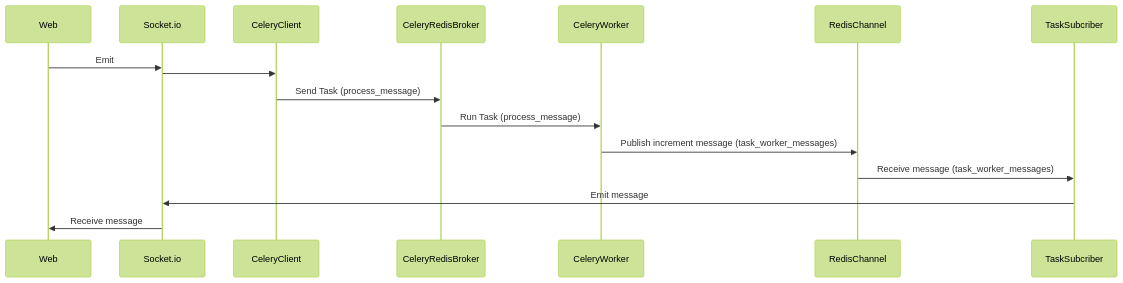
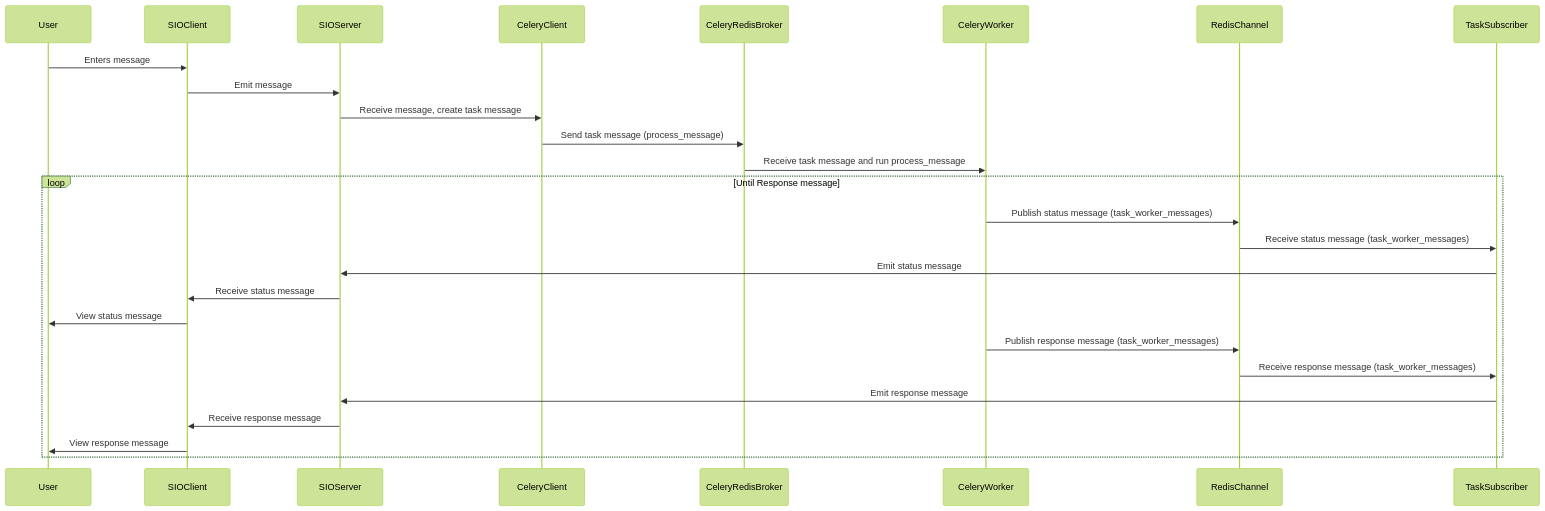
The diagram in README.md (pabdavis/pattern-test-ws-redis-worker), drawn with Mermaid (forest theme) before and after one commit. The commit also changed other lines of this file, not shown here.

Commit message:
update diagram

````diff
--- a/README.md
+++ b/README.md
@@ -27,11 +27,21 @@
 ```mermaid
 sequenceDiagram
-    Web ->> Socket.io: Emit
-    Socket.io ->> CeleryClient:
-    CeleryClient ->> CeleryRedisBroker: Send Task (process_message)
-    CeleryRedisBroker ->> CeleryWorker: Run Task (process_message)
-    CeleryWorker ->> RedisChannel: Publish increment message (task_worker_messages)
-    RedisChannel ->> TaskSubcriber: Receive message (task_worker_messages)
-    TaskSubcriber ->> Socket.io: Emit message
-    Socket.io ->> Web: Receive message
+    User ->> SIOClient: Enters message
+    SIOClient ->> SIOServer: Emit message
+    SIOServer ->> CeleryClient: Receive message, create task message
+    CeleryClient ->> CeleryRedisBroker: Send task message (process_message)
+    CeleryRedisBroker ->> CeleryWorker: Receive task message and run process_message
+    loop Until Response message
+        CeleryWorker ->> RedisChannel: Publish status message (task_worker_messages)
+        RedisChannel ->> TaskSubscriber: Receive status message (task_worker_messages)
+        TaskSubscriber ->> SIOServer: Emit status message
+        SIOServer ->> SIOClient: Receive status message
+        SIOClient ->> User: View status message
+        CeleryWorker ->> RedisChannel: Publish response message (task_worker_messages)
+        RedisChannel ->> TaskSubscriber: Receive response message (task_worker_messages)
+        TaskSubscriber ->> SIOServer: Emit response message
+        SIOServer ->> SIOClient: Receive response message
+        SIOClient ->> User: View response message
+    end
+
 ```
````
